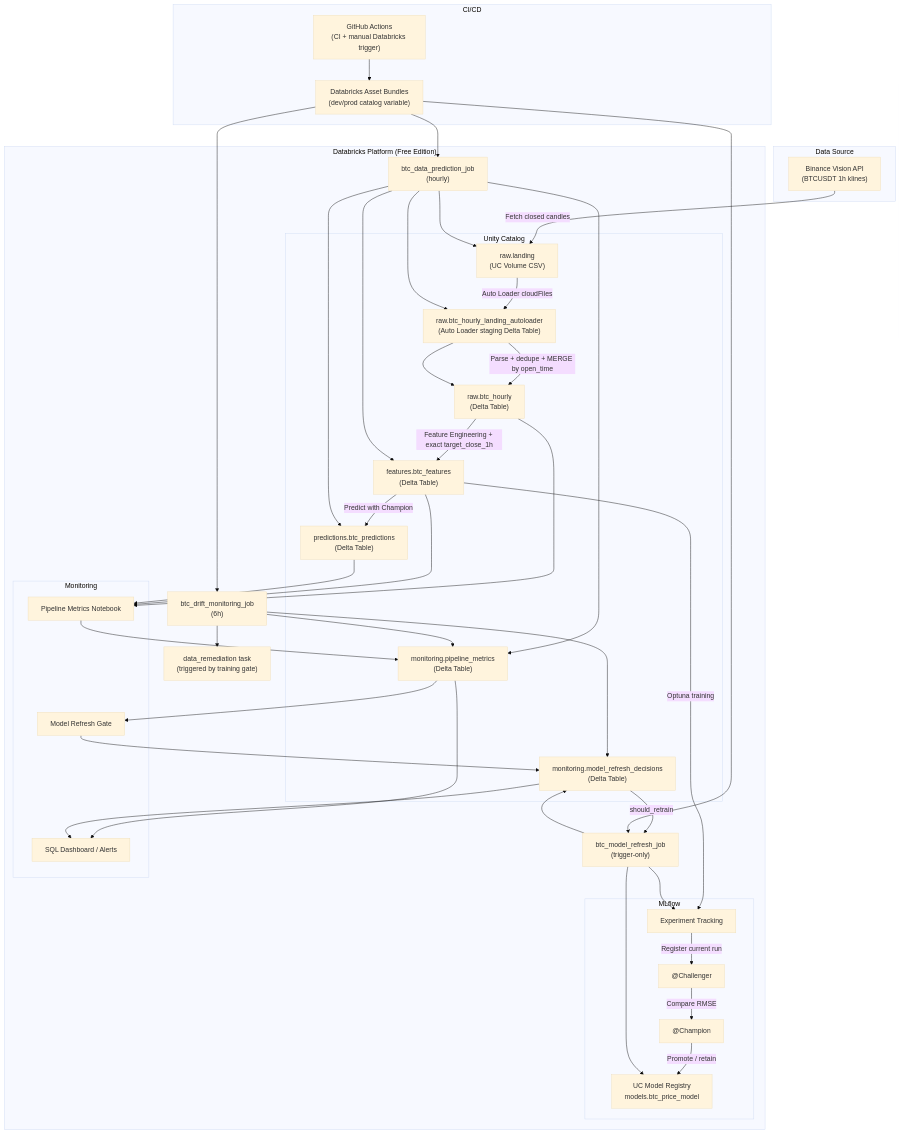
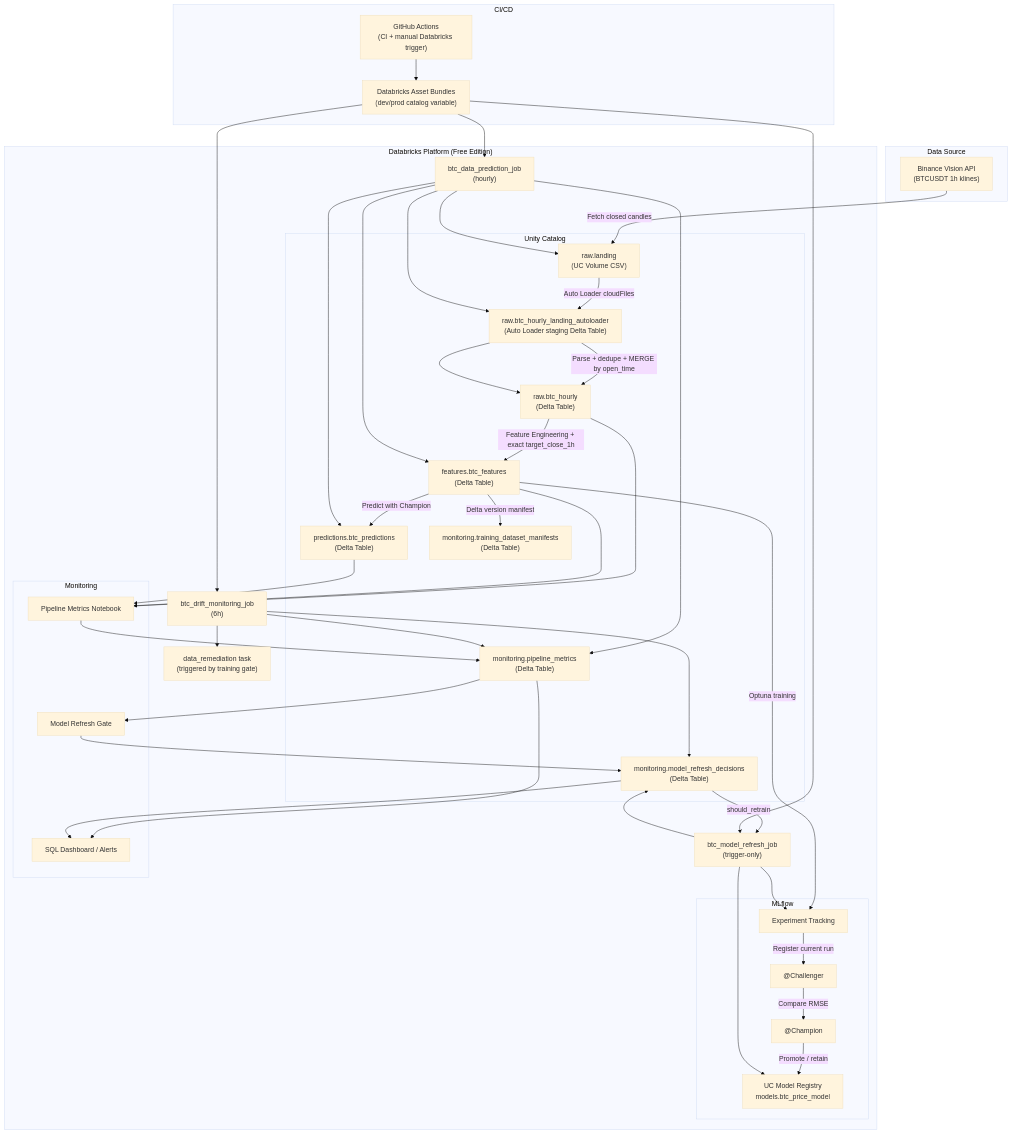
The first of 2 diagrams in _bmad-output/planning-artifacts/implementation_plan.md (dunglk85/btc_mle_dbr), drawn with Mermaid (base theme) before and after one commit. The commit also changed other lines of this file and 4 other files, not shown here.

````diff
--- a/_bmad-output/planning-artifacts/implementation_plan.md
+++ b/_bmad-output/planning-artifacts/implementation_plan.md
@@ -9,76 +9,78 @@
 ```mermaid
 graph TB
     subgraph "Data Source"
         A["Binance Vision API<br/>(BTCUSDT 1h klines)"]
     end
 
     subgraph "Databricks Platform (Free Edition)"
         subgraph "Unity Catalog"
             V["raw.landing<br/>(UC Volume CSV)"]
             S["raw.btc_hourly_landing_autoloader<br/>(Auto Loader staging Delta Table)"]
             B["raw.btc_hourly<br/>(Delta Table)"]
             C["features.btc_features<br/>(Delta Table)"]
             P["predictions.btc_predictions<br/>(Delta Table)"]
             Q["monitoring.pipeline_metrics<br/>(Delta Table)"]
             R["monitoring.model_refresh_decisions<br/>(Delta Table)"]
+            T["monitoring.training_dataset_manifests<br/>(Delta Table)"]
         end
 
         subgraph "MLflow"
             D["Experiment Tracking"]
             E["UC Model Registry<br/>models.btc_price_model"]
             F["@Champion"]
             G["@Challenger"]
         end
 
         subgraph "Monitoring"
             H["Pipeline Metrics Notebook"]
             I["Model Refresh Gate"]
             J["SQL Dashboard / Alerts"]
         end
 
         K["btc_data_prediction_job<br/>(hourly)"]
         L["btc_drift_monitoring_job<br/>(6h)"]
         X["data_remediation task<br/>(triggered by training gate)"]
         O["btc_model_refresh_job<br/>(trigger-only)"]
     end
 
     subgraph "CI/CD"
         M["GitHub Actions<br/>(CI + manual Databricks trigger)"]
         N["Databricks Asset Bundles<br/>(dev/prod catalog variable)"]
     end
 
     A -->|"Fetch closed candles"| V
     V -->|"Auto Loader cloudFiles"| S
     S -->|"Parse + dedupe + MERGE by open_time"| B
     B -->|"Feature Engineering + exact target_close_1h"| C
     C -->|"Predict with Champion"| P
     C -->|"Optuna training"| D
+    C -->|"Delta version manifest"| T
     D -->|"Register current run"| G
     G -->|"Compare RMSE"| F
     F -->|"Promote / retain"| E
     B --> H
     C --> H
     P --> H
     H --> Q
     Q --> I
     I --> R
     R -->|"should_retrain"| O
     Q --> J
     R --> J
     M --> N
     N --> K
     N --> L
     N --> O
     K --> V
     K --> S
     S --> B
     K --> C
     K --> P
     K --> Q
     L --> Q
     L --> R
     L --> X
     O --> R
     O --> D
     O --> E
 ```
````
